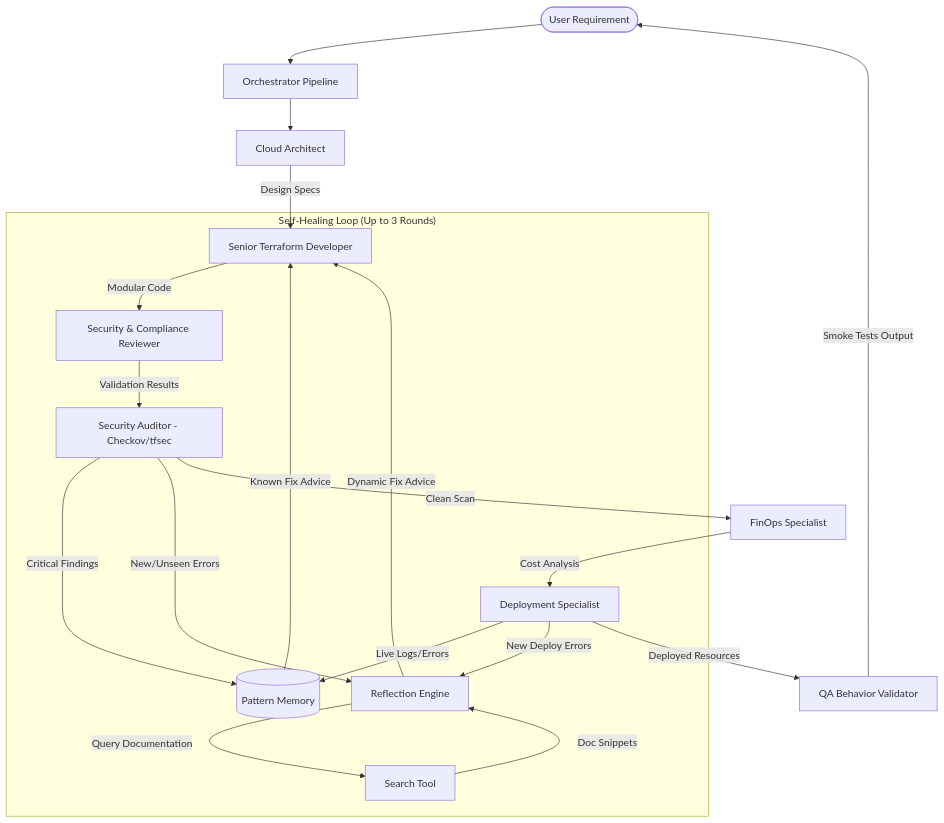
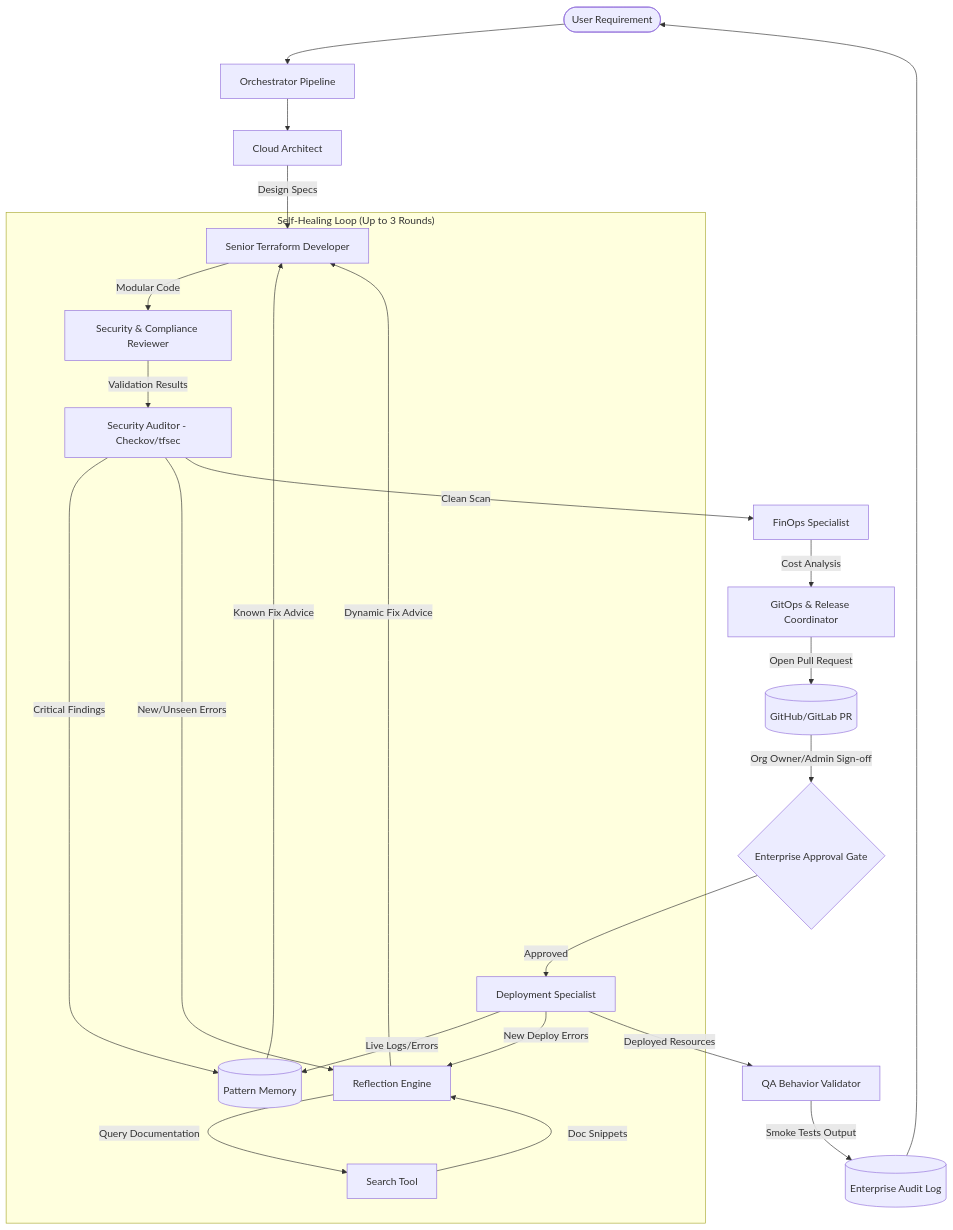
Before and after one commit to csae99/Terraform-AI-Agent: the diagram in MULTI_AGENT_ARCHITECTURE.md, drawn with Mermaid. The commit also changed other lines of this file and 18 other files, not shown here.

Commit message:
feat: implement project dashboard UI and backend architecture with multi-engine support

````diff
--- a/MULTI_AGENT_ARCHITECTURE.md
+++ b/MULTI_AGENT_ARCHITECTURE.md
@@ -11,32 +11,36 @@
 ```mermaid
 graph TD
     User([User Requirement]) --> Orchestrator[Orchestrator Pipeline]
     Orchestrator --> Architect[Cloud Architect]
     Architect -->|Design Specs| Developer[Senior Terraform Developer]
     Developer -->|Modular Code| Reviewer[Security & Compliance Reviewer]
     Reviewer -->|Validation Results| Auditor[Security Auditor - Checkov/tfsec]
     Auditor -->|Critical Findings| Memory[(Pattern Memory)]
     Memory -->|Known Fix Advice| Developer
     
     Auditor -->|New/Unseen Errors| Reflection[Reflection Engine]
     Reflection -->|Query Documentation| Search[Search Tool]
     Search -->|Doc Snippets| Reflection
     Reflection -->|Dynamic Fix Advice| Developer
     
     Auditor -->|Clean Scan| FinOps[FinOps Specialist]
-    FinOps -->|Cost Analysis| Deployer[Deployment Specialist]
+    FinOps -->|Cost Analysis| GitOps[GitOps & Release Coordinator]
+    GitOps -->|Open Pull Request| GitHub[(GitHub/GitLab PR)]
+    GitHub -->|Org Owner/Admin Sign-off| ApprovalGate{Enterprise Approval Gate}
+    ApprovalGate -->|Approved| Deployer[Deployment Specialist]
     Deployer -->|Live Logs/Errors| Memory
     Deployer -->|New Deploy Errors| Reflection
     Deployer -->|Deployed Resources| QATester[QA Behavior Validator]
-    QATester -->|Smoke Tests Output| User
+    QATester -->|Smoke Tests Output| AuditTrail[(Enterprise Audit Log)]
+    AuditTrail --> User
     
     subgraph "Self-Healing Loop (Up to 3 Rounds)"
     Developer
     Reviewer
     Auditor
     Memory
     Reflection
     Search
     Deployer
     end
 ```
````
